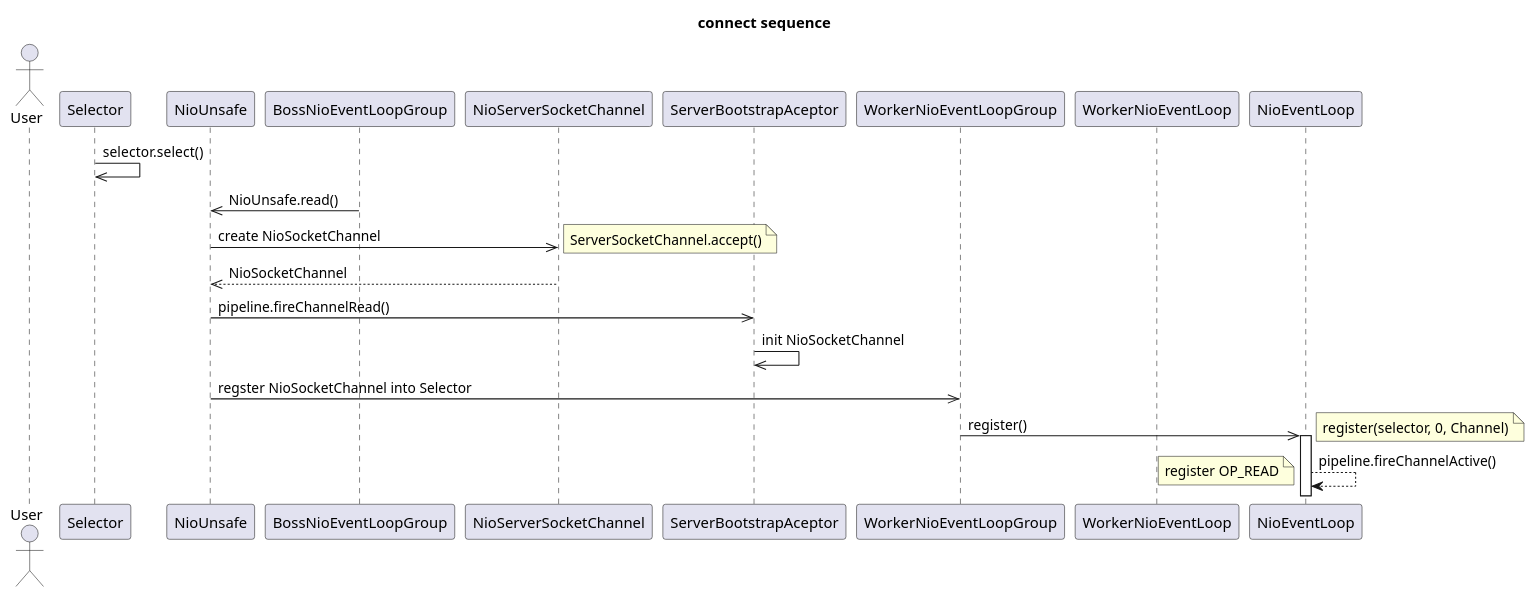
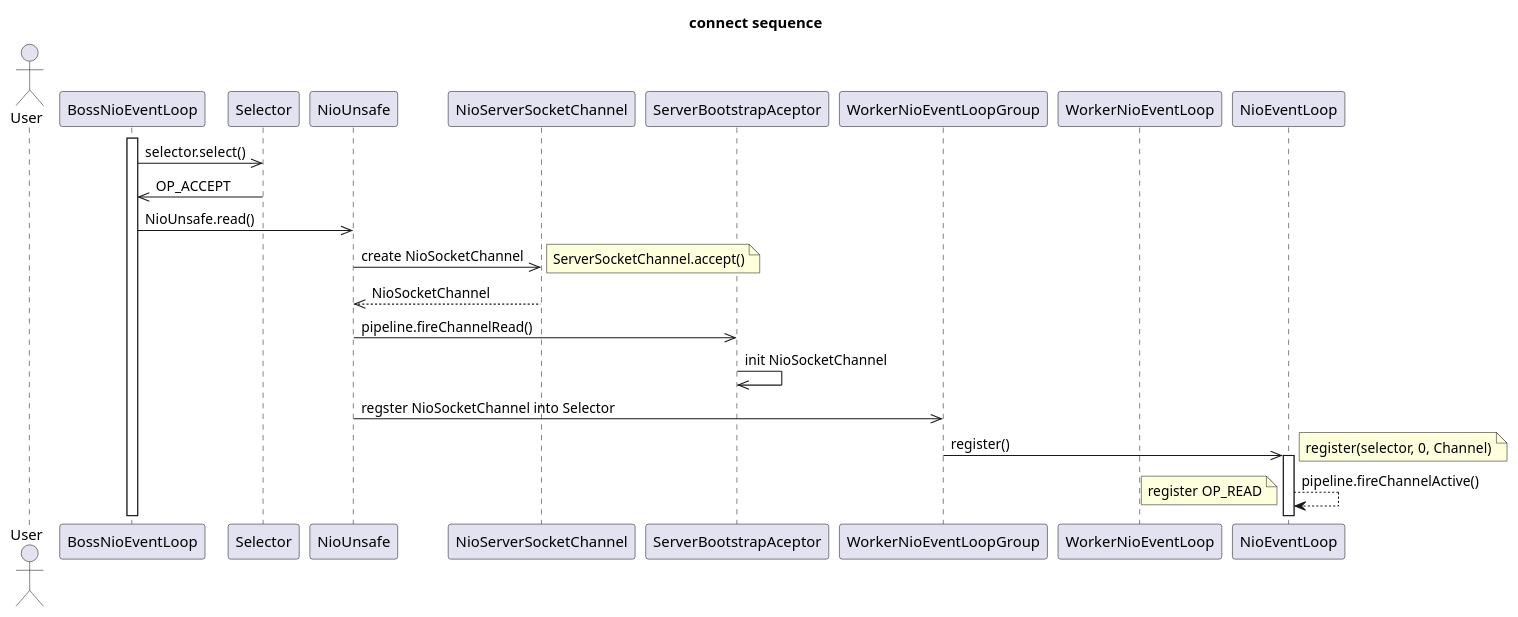
One commit to Robinpig/Note changed the second of 6 diagrams in docs/CS/Java/Netty/Netty.md. Above: the diagram before and after it, drawn with PlantUML. The commit also changed other lines of this file and 2 other files, not shown here.

````diff
--- a/docs/CS/Java/Netty/Netty.md
+++ b/docs/CS/Java/Netty/Netty.md
@@ -79,25 +82,27 @@
 ```plantuml
 title: connect sequence
 actor User
+participant BossNioEventLoop as bg
 participant Selector as sr
 participant NioUnsafe as us
-participant BossNioEventLoopGroup as bg
 participant NioServerSocketChannel as sc
 participant ServerBootstrapAceptor as sa
 participant WorkerNioEventLoopGroup as wg
 participant WorkerNioEventLoop as wl
 participant NioEventLoop as el
-sr ->> sr: selector.select()
+activate bg
+bg ->> sr: selector.select()
+sr ->> bg: OP_ACCEPT
 bg ->> us: NioUnsafe.read()
 us ->> sc: create NioSocketChannel
 note right: ServerSocketChannel.accept()
 sc -->> us: NioSocketChannel
 us ->> sa: pipeline.fireChannelRead()
 sa ->> sa: init NioSocketChannel
 us ->> wg: regster NioSocketChannel into Selector
 wg ->> el: register()
 activate el
 note right: register(selector, 0, Channel)
 el --> el: pipeline.fireChannelActive()
 note left: register OP_READ
 ```
````
